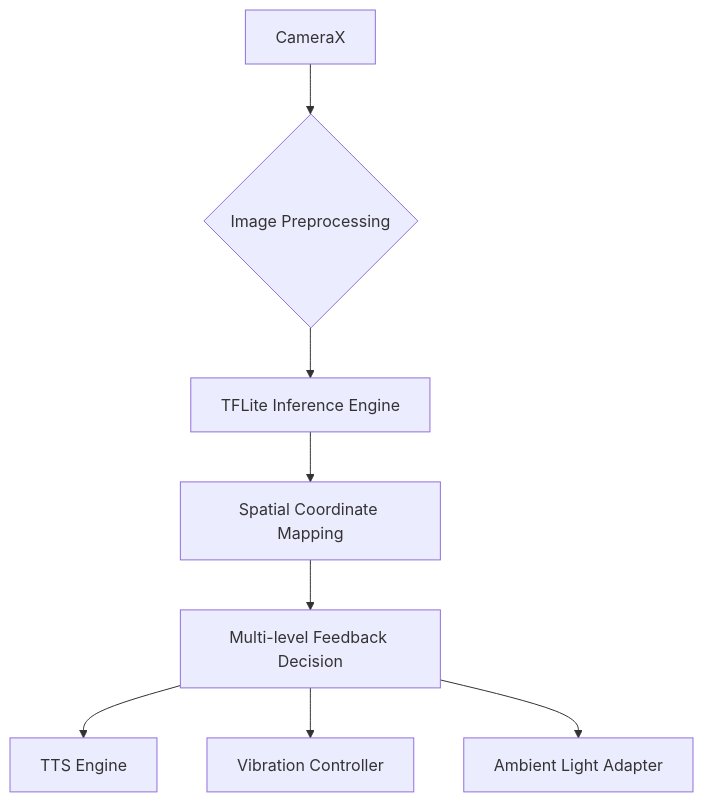
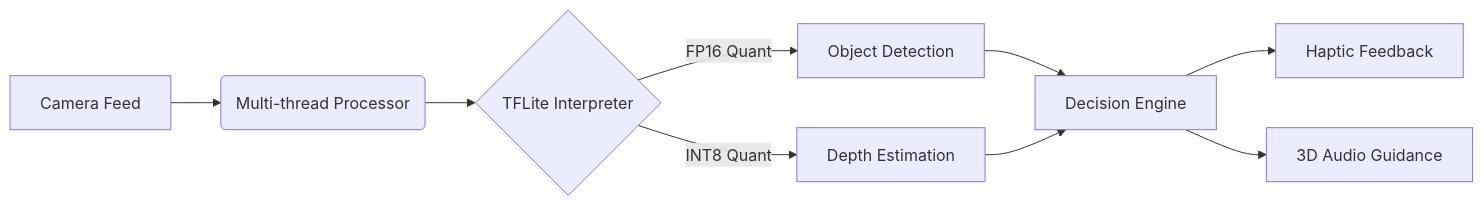
The diagram in README.md (RUV2005/RUV2005), drawn with Mermaid before and after one commit. The commit also changed other lines of this file, not shown here.

````diff
--- a/README.md
+++ b/README.md
@@ -51,10 +44,11 @@
 ```mermaid
-graph TD
-    A[CameraX] --> B{Image Preprocessing}
-    B --> C[TFLite Inference Engine]
-    C --> D[Spatial Coordinate Mapping]
-    D --> E[Multi-level Feedback Decision]
-    E --> F[TTS Engine]
-    E --> G[Vibration Controller]
-    E --> H[Ambient Light Adapter]
+graph LR
+    A[Camera Feed] --> B(Multi-thread Processor)
+    B --> C{TFLite Interpreter}
+    C -->|FP16 Quant| D[Object Detection]
+    C -->|INT8 Quant| E[Depth Estimation]
+    D --> F[Decision Engine]
+    E --> F
+    F --> G[Haptic Feedback]
+    F --> H[3D Audio Guidance]
 ```
````
